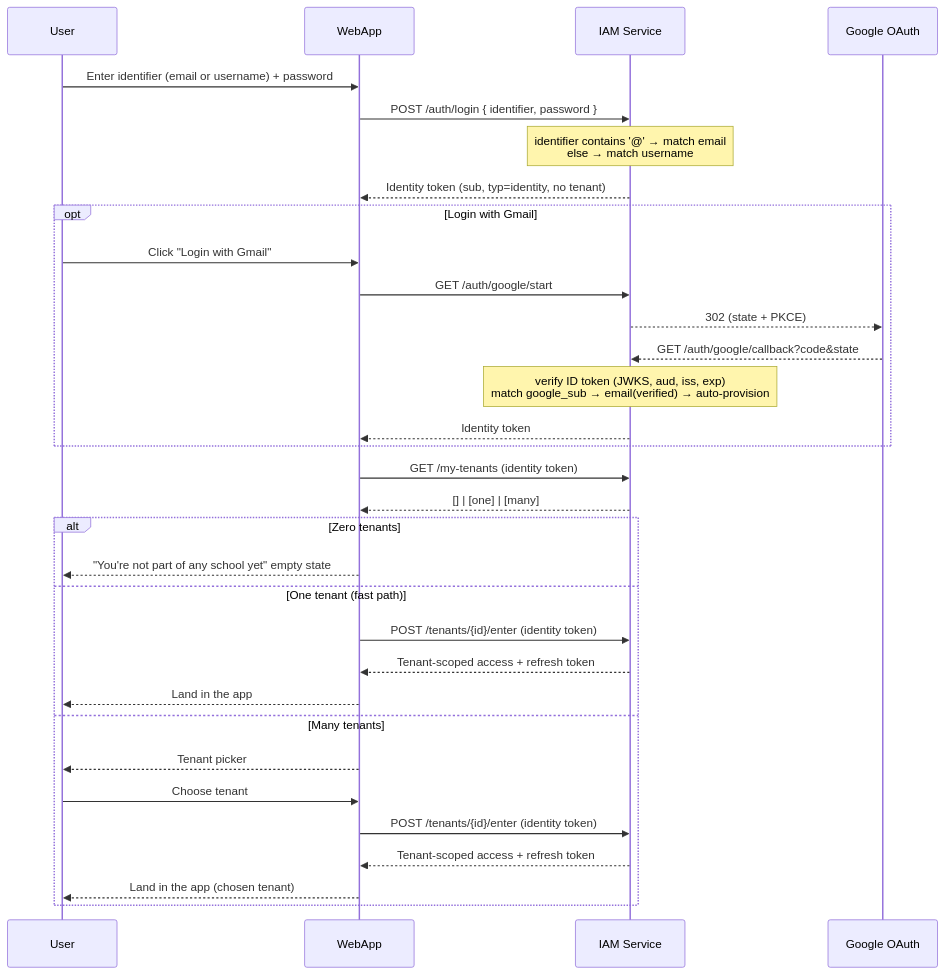
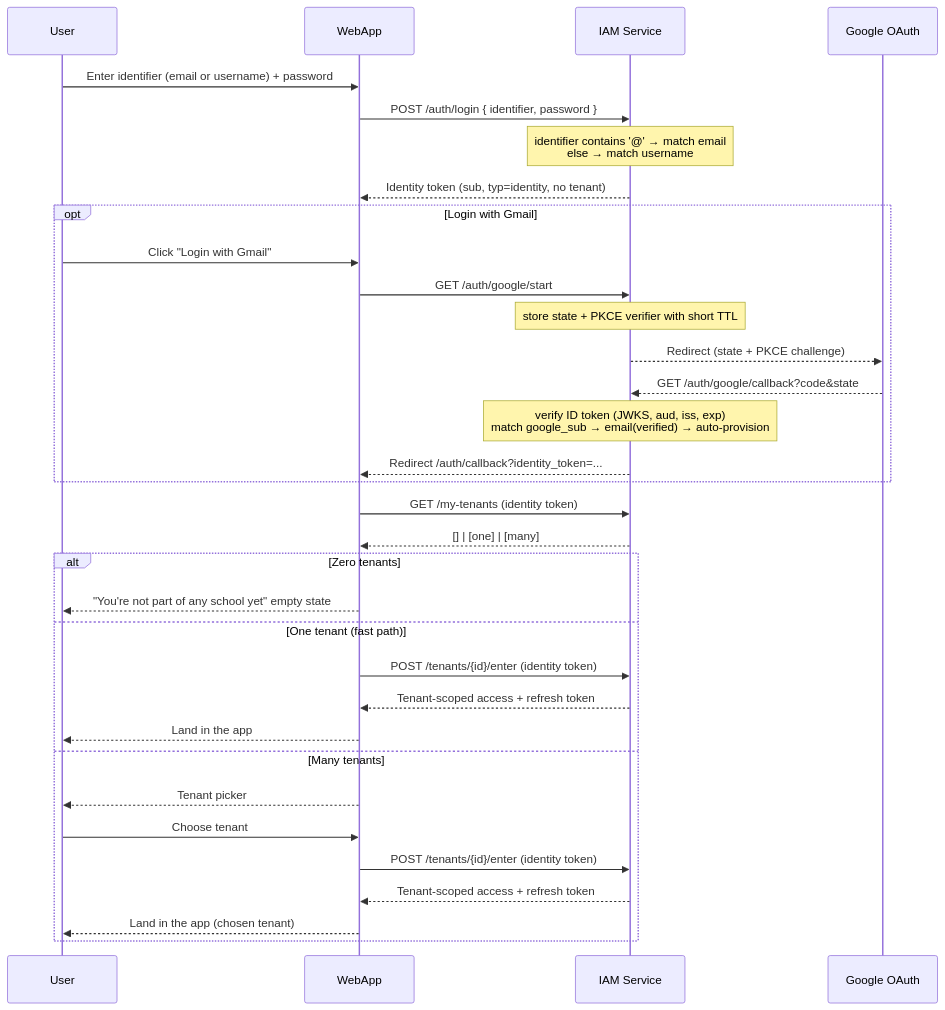
Before and after one commit to protocyber/akademiq: the diagram in docs/internal/08_sequences/01_User_Login_Tenant_Resolution.md, drawn with Mermaid. The commit also changed other lines of this file and 9 other files, not shown here.

````diff
--- a/docs/internal/08_sequences/01_User_Login_Tenant_Resolution.md
+++ b/docs/internal/08_sequences/01_User_Login_Tenant_Resolution.md
@@ -9,38 +9,39 @@
 ```mermaid
 sequenceDiagram
 participant User
 participant WebApp
 participant IAM as IAM Service
 participant Google as Google OAuth
 
 User->>WebApp: Enter identifier (email or username) + password
 WebApp->>IAM: POST /auth/login { identifier, password }
 note over IAM: identifier contains '@' → match email<br/>else → match username
 IAM-->>WebApp: Identity token (sub, typ=identity, no tenant)
 
 opt Login with Gmail
   User->>WebApp: Click "Login with Gmail"
   WebApp->>IAM: GET /auth/google/start
-  IAM-->>Google: 302 (state + PKCE)
+  note over IAM: store state + PKCE verifier with short TTL
+  IAM-->>Google: Redirect (state + PKCE challenge)
   Google-->>IAM: GET /auth/google/callback?code&state
   note over IAM: verify ID token (JWKS, aud, iss, exp)<br/>match google_sub → email(verified) → auto-provision
-  IAM-->>WebApp: Identity token
+  IAM-->>WebApp: Redirect /auth/callback?identity_token=...
 end
 
 WebApp->>IAM: GET /my-tenants (identity token)
 IAM-->>WebApp: [] | [one] | [many]
 
 alt Zero tenants
   WebApp-->>User: "You're not part of any school yet" empty state
 else One tenant (fast path)
   WebApp->>IAM: POST /tenants/{id}/enter (identity token)
   IAM-->>WebApp: Tenant-scoped access + refresh token
   WebApp-->>User: Land in the app
 else Many tenants
   WebApp-->>User: Tenant picker
   User->>WebApp: Choose tenant
   WebApp->>IAM: POST /tenants/{id}/enter (identity token)
   IAM-->>WebApp: Tenant-scoped access + refresh token
   WebApp-->>User: Land in the app (chosen tenant)
 end
 ```
````
